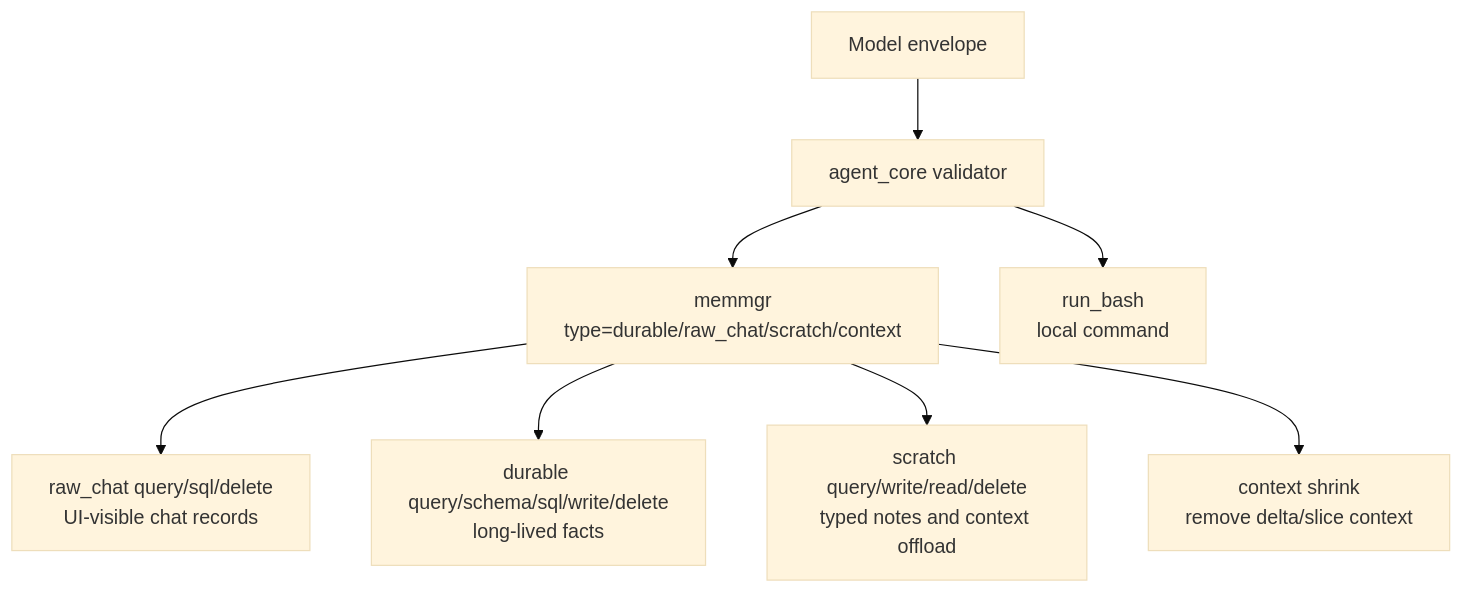
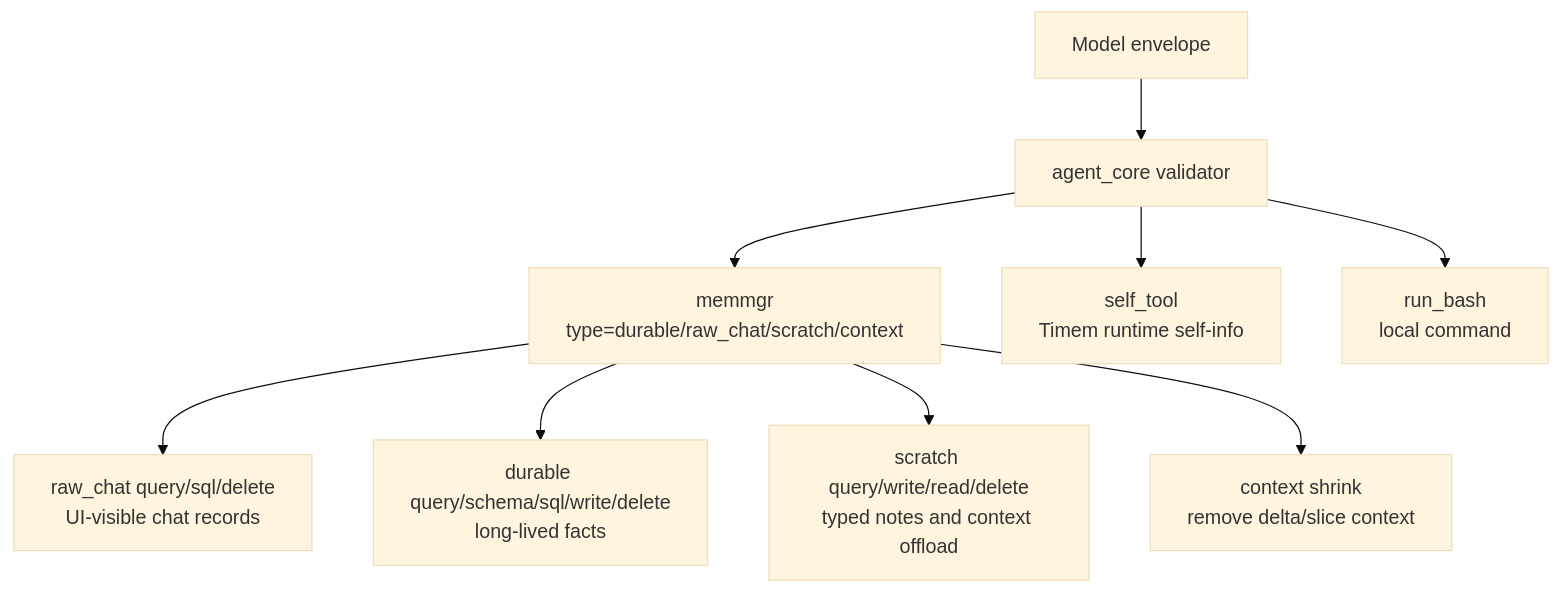
Before and after one commit to moliam/TimemAi: the fourth of 4 diagrams in docs/architecture.md, drawn with Mermaid (base theme). The commit also changed other lines of this file and 14 other files, not shown here.

First line of the commit message:
feat(core): self inspection tool

````diff
--- a/docs/architecture.md
+++ b/docs/architecture.md
@@ -509,10 +509,11 @@
 ```mermaid
 flowchart TB
     Model["Model envelope"] --> Core["agent_core validator"]
     Core --> Memmgr["memmgr\ntype=durable/raw_chat/scratch/context"]
     Memmgr --> Chat["raw_chat query/sql/delete\nUI-visible chat records"]
     Memmgr --> Memory["durable query/schema/sql/write/delete\nlong-lived facts"]
     Memmgr --> Scratch["scratch query/write/read/delete\ntyped notes and context offload"]
     Memmgr --> Shrink["context shrink\nremove delta/slice context"]
+    Core --> SelfTool["self_tool\nTimem runtime self-info"]
     Core --> Bash["run_bash\nlocal command"]
 ```
````
